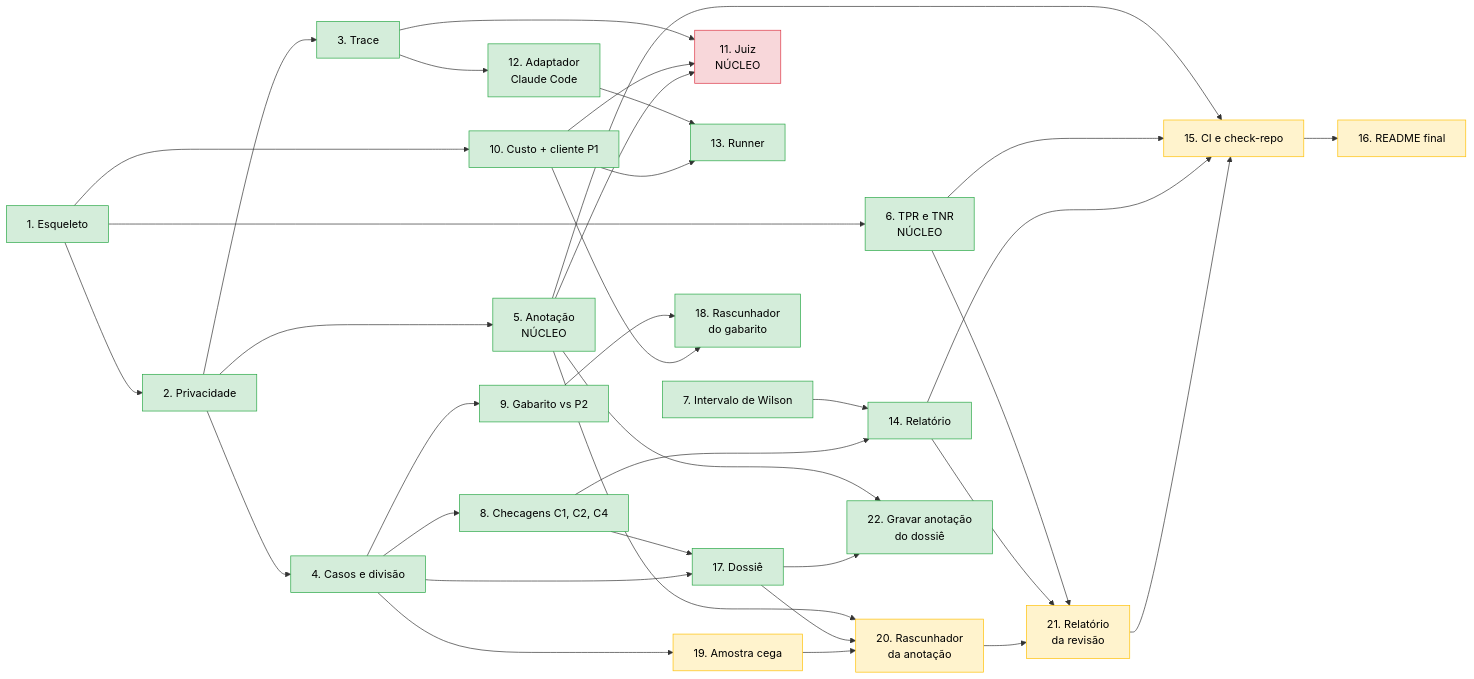
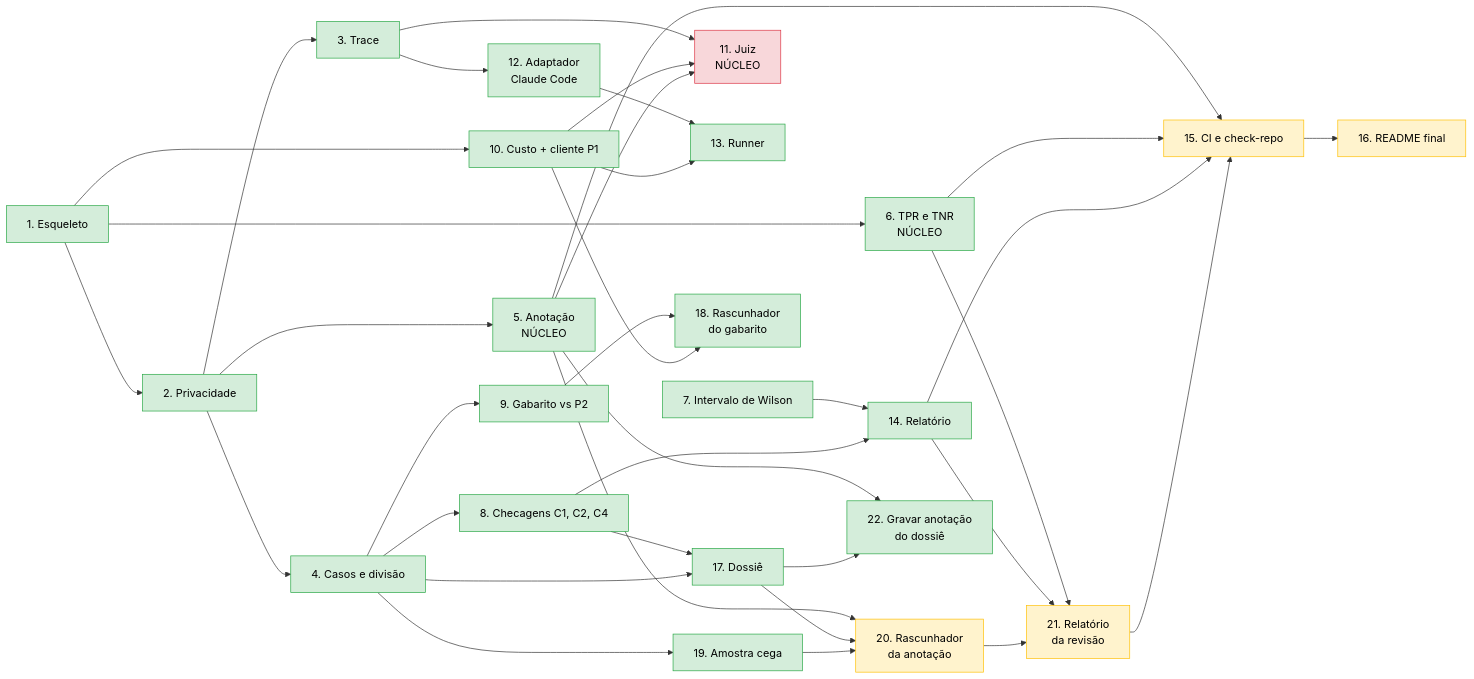
The diagram in docs/diagramas/09-ordem-das-tarefas.md (CristianonCarvalho/harness-p3-evals), drawn with Mermaid before and after one commit. The commit also changed other lines of this file and 4 other files, not shown here.

````diff
--- a/docs/diagramas/09-ordem-das-tarefas.md
+++ b/docs/diagramas/09-ordem-das-tarefas.md
@@ -5,49 +5,49 @@
 ```mermaid
 flowchart LR
     t1["1. Esqueleto"] --> t2["2. Privacidade"]
     t2 --> t3["3. Trace"]
     t2 --> t4["4. Casos e divisão"]
     t4 --> t8["8. Checagens C1, C2, C4"]
     t7["7. Intervalo de Wilson"] --> t14["14. Relatório"]
     t8 --> t14
     t4 --> t9["9. Gabarito vs P2"]
     t1 --> t10["10. Custo + cliente P1"]
 
     t2 --> t5["5. Anotação<br/>NÚCLEO"]
     t1 --> t6["6. TPR e TNR<br/>NÚCLEO"]
     t3 --> t11["11. Juiz<br/>NÚCLEO"]
     t10 --> t11
     t5 --> t11
 
     t3 --> t12["12. Adaptador<br/>Claude Code"]
     t12 --> t13["13. Runner"]
     t10 --> t13
 
     t5 --> t15["15. CI e check-repo"]
     t6 --> t15
     t14 --> t15
     t15 --> t16["16. README final"]
 
     t8 --> t17["17. Dossiê"]
     t4 --> t17
     t9 --> t18["18. Rascunhador<br/>do gabarito"]
     t10 --> t18
     t4 --> t19["19. Amostra cega"]
     t5 --> t20["20. Rascunhador<br/>da anotação"]
     t17 --> t20
     t19 --> t20
     t6 --> t21["21. Relatório<br/>da revisão"]
     t14 --> t21
     t20 --> t21
     t21 --> t15
     t5 --> t22["22. Gravar anotação<br/>do dossiê"]
     t17 --> t22
 
     classDef feito fill:#d4edda,stroke:#28a745,color:#000
     classDef falta fill:#fff3cd,stroke:#ffc107,color:#000
     classDef seu fill:#f8d7da,stroke:#dc3545,color:#000
 
-    class t1,t2,t3,t4,t5,t6,t7,t8,t9,t10,t12,t13,t14,t17,t18,t22 feito
-    class t15,t16,t19,t20,t21 falta
+    class t1,t2,t3,t4,t5,t6,t7,t8,t9,t10,t12,t13,t14,t17,t18,t19,t22 feito
+    class t15,t16,t20,t21 falta
     class t11 seu
 ```
````
